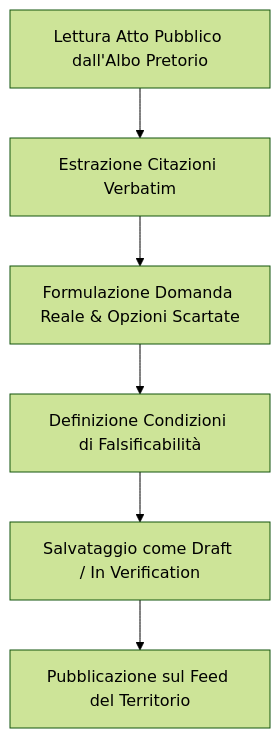
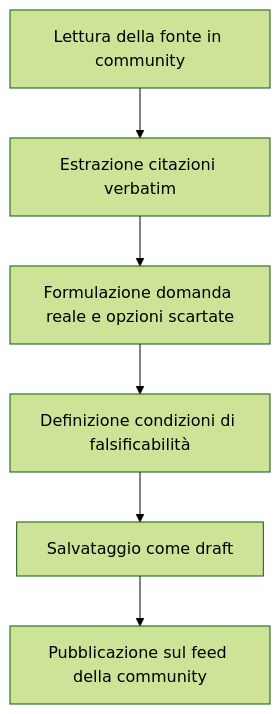
Before and after one commit to Relatronica/Public-Reasoning: the diagram in docs/CURATOR_GUIDE.md, drawn with Mermaid (forest theme). The commit also changed other lines of this file and 50 other files, not shown here.

````diff
--- a/docs/CURATOR_GUIDE.md
+++ b/docs/CURATOR_GUIDE.md
@@ -59,8 +59,8 @@
 ```mermaid
 graph TD
-    A[Lettura Atto Pubblico dall'Albo Pretorio] --> B[Estrazione Citazioni Verbatim]
-    B --> C[Formulazione Domanda Reale & Opzioni Scartate]
-    C --> D[Definizione Condizioni di Falsificabilità]
-    D --> E[Salvataggio come Draft / In Verification]
-    E --> F[Pubblicazione sul Feed del Territorio]
+    A[Lettura della fonte in community] --> B[Estrazione citazioni verbatim]
+    B --> C[Formulazione domanda reale e opzioni scartate]
+    C --> D[Definizione condizioni di falsificabilità]
+    D --> E[Salvataggio come draft]
+    E --> F[Pubblicazione sul feed della community]
 ```
````
